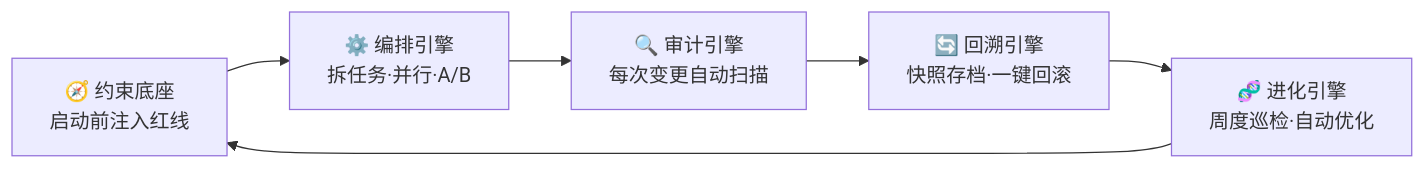
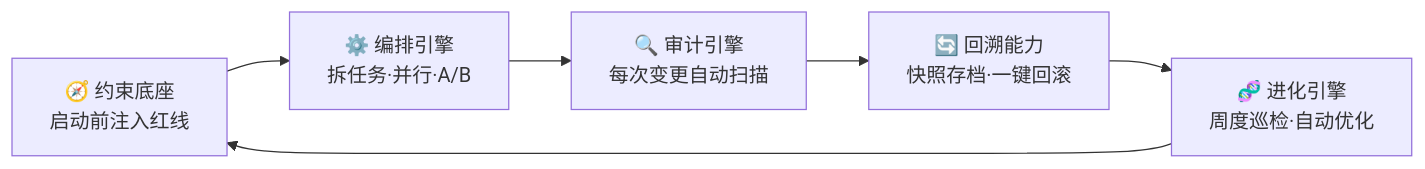
Before and after one commit to KongFangXun/sofagent: the first of 3 diagrams in docs/ARCHITECTURE.md, drawn with Mermaid. The commit also changed other lines of this file and 180 other files, not shown here.

````diff
--- a/docs/ARCHITECTURE.md
+++ b/docs/ARCHITECTURE.md
@@ -53,8 +53,8 @@
 ```mermaid
 graph LR
     A["🧭 约束底座<br/>启动前注入红线"] --> B["⚙️ 编排引擎<br/>拆任务·并行·A/B"]
     B --> C["🔍 审计引擎<br/>每次变更自动扫描"]
-    C --> D["🔄 回溯引擎<br/>快照存档·一键回滚"]
+    C --> D["🔄 回溯能力<br/>快照存档·一键回滚"]
     D --> E["🧬 进化引擎<br/>周度巡检·自动优化"]
     E --> A
 ```
````
